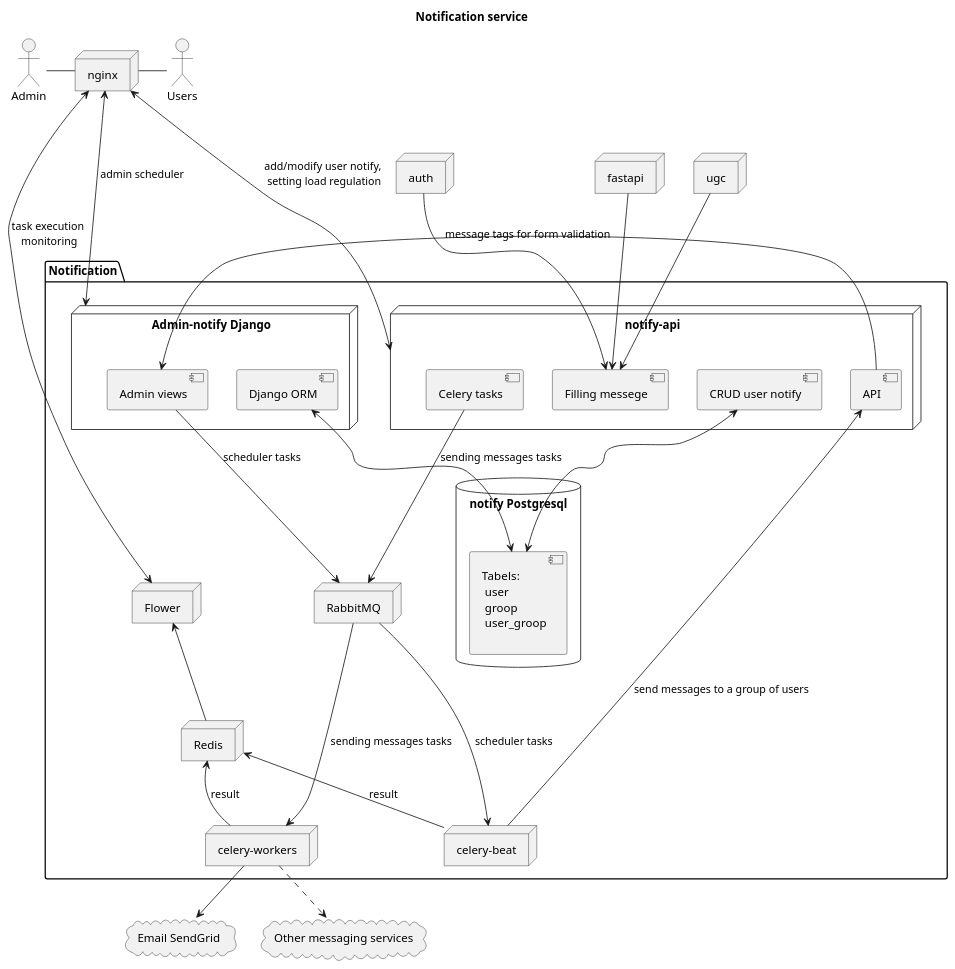
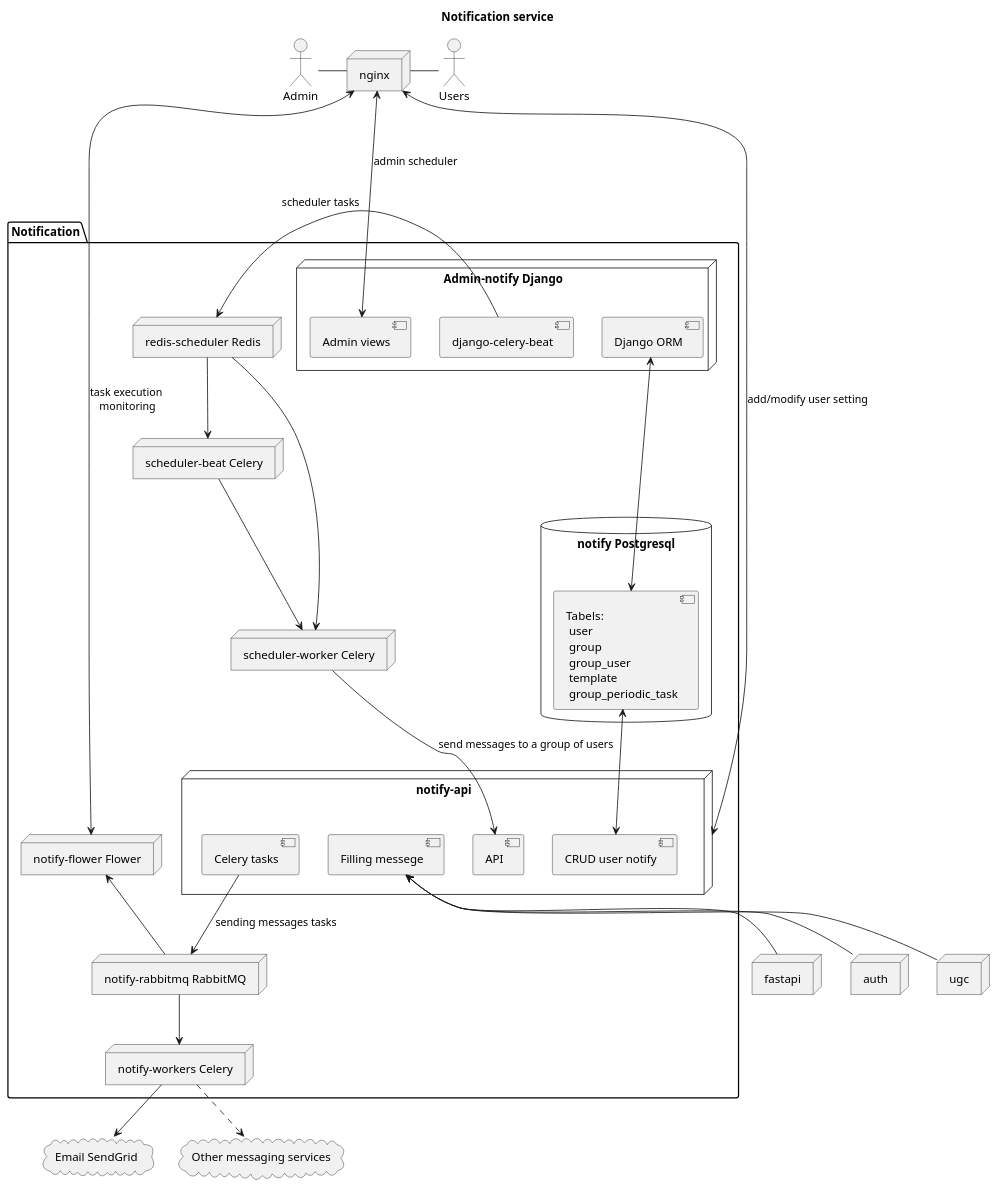
One commit to AlexeyBely/notifications_sprint_1 changed the diagram in arch_schemes/notify_system_shema.puml. Above: the diagram before and after it, drawn with PlantUML. The commit also changed 5 other files, not shown here.

```diff
--- a/arch_schemes/notify_system_shema.puml
+++ b/arch_schemes/notify_system_shema.puml
@@ -1,58 +1,59 @@
-@startuml as_is
+@startuml notify_system_shema
 title Notification service
 
 skinparam componentStyle uml2
 actor Users
 actor Admin
 node "nginx" as nginx
 node "fastapi" as fastapi
 node "auth" as auth
 node "ugc" as ugc
 package "Notification" {
     node "Admin-notify Django" as django{
-        component "Admin views" as admin_views
+        component "django-celery-beat" as django_celery
+        component "Admin views" as admin_views        
         component "Django ORM" as admin_orm            
     }
     database "notify Postgresql" as postgre {    
-        component "Tabels: \n user\n groop\n user_groop\n" as admin_tables
+        component "Tabels: \n user\n group\n group_user\n template\n group_periodic_task" as admin_tables
     }
     node "notify-api" as notify_api{
         component "API" as api
         component "CRUD user notify" as crud_admin 
         component "Filling messege" as fill_messege
         component "Celery tasks" as celery_tasks                  
     }
-    node "celery-beat" as admin_celery
-    node "RabbitMQ" as rabbit
-    node "celery-workers" as workers
-    node "Redis" as redis
-    node "Flower" as flower
+    node "scheduler-beat Celery" as admin_celery
+    node "scheduler-worker Celery" as admin_worker
+    node "redis-scheduler Redis" as redis
+    node "notify-rabbitmq RabbitMQ" as rabbit
+    node "notify-workers Celery" as workers    
+    node "notify-flower Flower" as flower
 }
 cloud "Email SendGrid"  as sendgrid
 cloud "Other messaging services"  as other_services
      
 Users -left- nginx
 Admin -right- nginx
-nginx <-down--> django : admin scheduler
+nginx <-down--> admin_views : admin scheduler
 nginx <-down--> flower : task execution\n monitoring
-nginx <-down--> notify_api : add/modify user notify,\n setting load regulation
+nginx <-down--> notify_api : add/modify user setting
 
-admin_orm <--> admin_tables 
-admin_views --> rabbit  : scheduler tasks
-rabbit ---> admin_celery : scheduler tasks
-admin_celery --> api : send messages to a group of users
-admin_celery -up-> redis : result
-redis -up-> flower
-admin_views <-up- api  : message tags for form validation
+admin_orm <-right-> admin_tables 
+django_celery -> redis  : scheduler tasks
+redis -down-> admin_celery
+redis -down-> admin_worker
+admin_celery -down-> admin_worker
+admin_worker -down-> api : send messages to a group of users
 
-crud_admin <--> admin_tables
-fill_messege <-up- fastapi
-fill_messege <-up-auth
-fill_messege <-up- ugc
+crud_admin <-up-> admin_tables
+fill_messege <-down- fastapi
+fill_messege <-down-auth
+fill_messege <-down- ugc
 celery_tasks --> rabbit : sending messages tasks
-rabbit ---> workers : sending messages tasks
-workers -up-> redis  : result
+rabbit --> workers
+flower <-- rabbit
 workers --> sendgrid
 workers ..> other_services
  
 @enduml 
```
